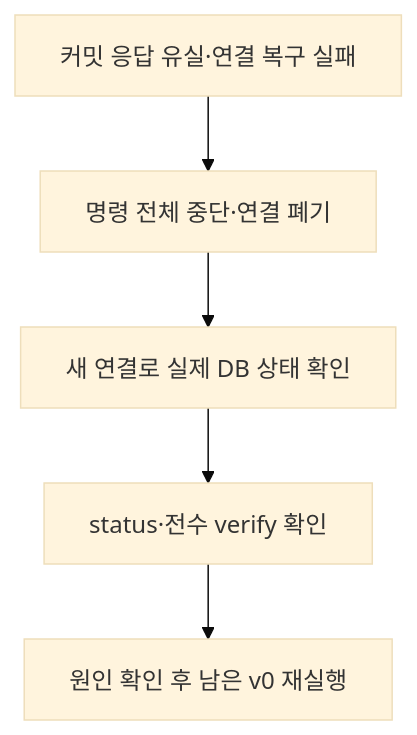
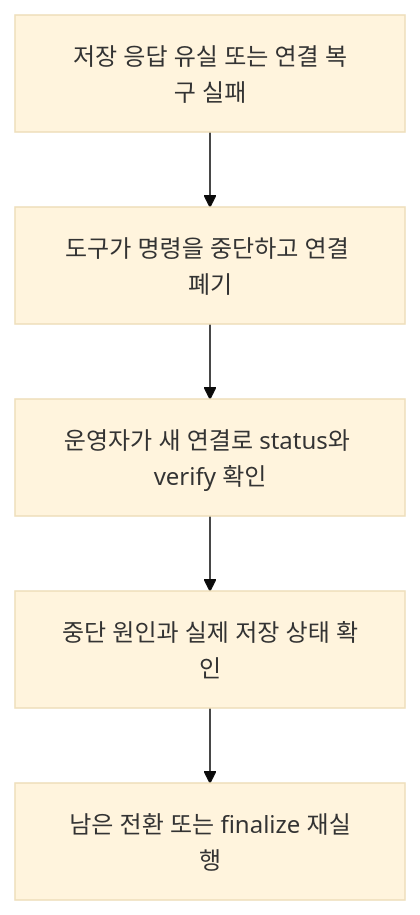
One commit to woowacourse-teams/2026-Harudle changed the sixth of 12 diagrams in backend/docs/diary-source-text-migration-scenarios.md. Above: the diagram before and after it, drawn with Mermaid (base theme). The commit also changed other lines of this file and 4 other files, not shown here.

````diff
--- a/backend/docs/diary-source-text-migration-scenarios.md
+++ b/backend/docs/diary-source-text-migration-scenarios.md
@@ -140,7 +167,7 @@
 ```mermaid
 flowchart TD
-    unknown["커밋 응답 유실·연결 복구 실패"] --> stop["명령 전체 중단·연결 폐기"]
-    stop --> fresh["새 연결로 실제 DB 상태 확인"]
-    fresh --> verify["status·전수 verify 확인"]
-    verify --> resume["원인 확인 후 남은 v0 재실행"]
+    unknown["저장 응답 유실 또는 연결 복구 실패"] --> stop["도구가 명령을 중단하고 연결 폐기"]
+    stop --> fresh["운영자가 새 연결로 status와 verify 확인"]
+    fresh --> cause["중단 원인과 실제 저장 상태 확인"]
+    cause --> resume["남은 전환 또는 finalize 재실행"]
 ```
````
